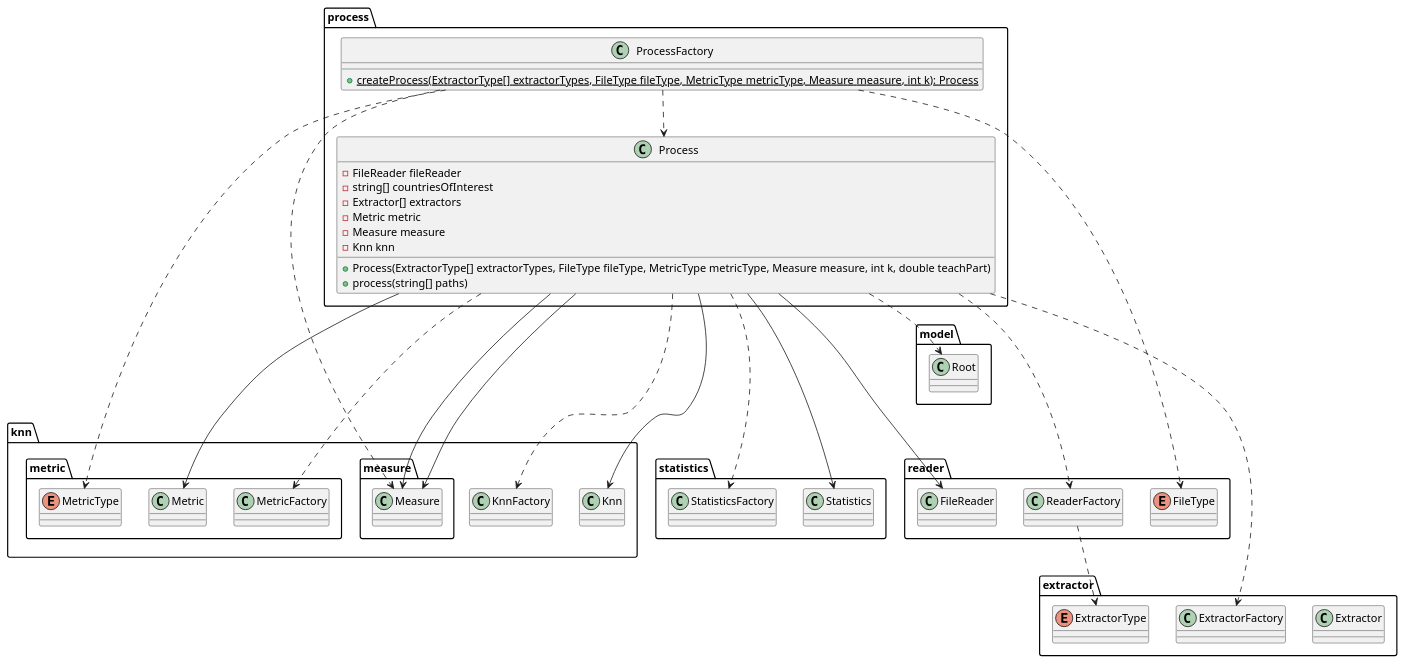
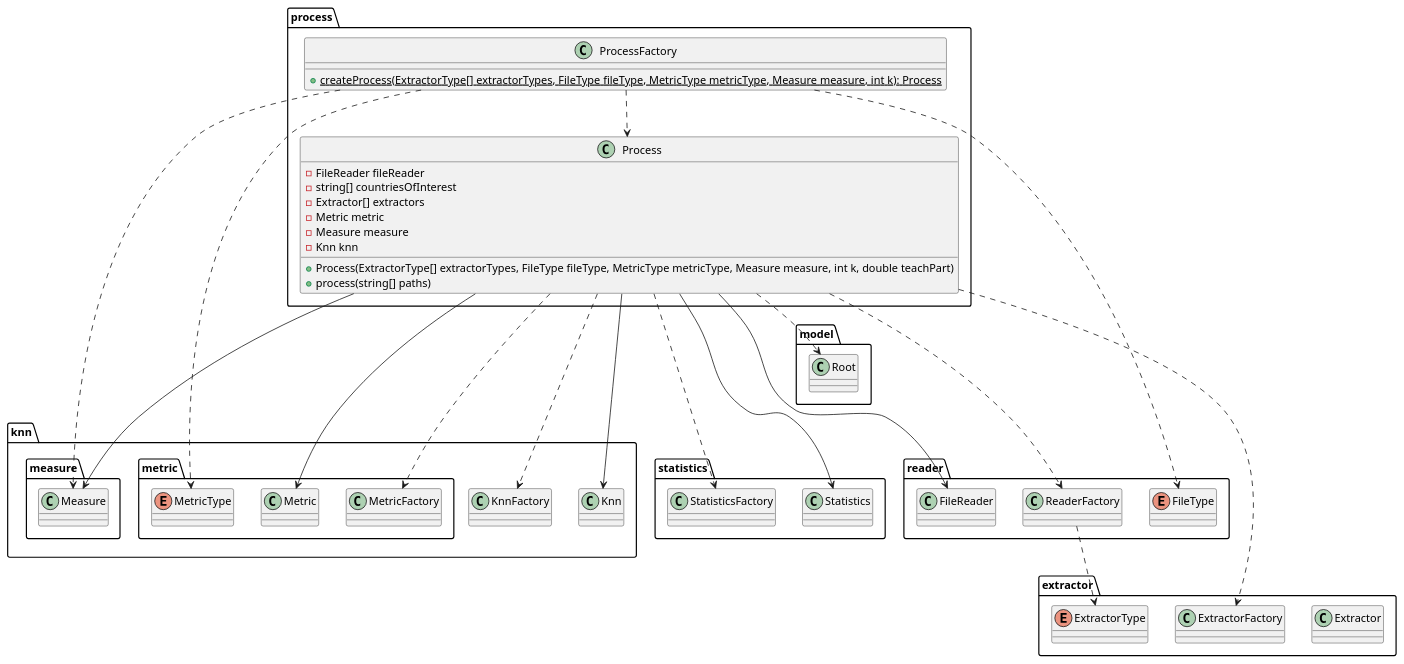
The ninth of 10 diagrams in README.md (kambed/Computer-Recognition-Systems), drawn with PlantUML before and after one commit. The commit also changed other lines of this file, not shown here.

````diff
--- a/README.md
+++ b/README.md
@@ -349,63 +346,62 @@
 ```plantuml
 package process {
     class Process {
         - FileReader fileReader
         - string[] countriesOfInterest
         - Extractor[] extractors
         - Metric metric
         - Measure measure
         - Knn knn
         + Process(ExtractorType[] extractorTypes, FileType fileType, MetricType metricType, Measure measure, int k, double teachPart)
         + process(string[] paths)
     }
     class ProcessFactory {
         + {static} createProcess(ExtractorType[] extractorTypes, FileType fileType, MetricType metricType, Measure measure, int k): Process
     }
 }
 package reader {
     class FileReader
     class ReaderFactory
     enum FileType
 }
 package extractor {
     class Extractor
     class ExtractorFactory
     enum ExtractorType
 }
 package knn {
     class Knn
     class KnnFactory
     package metric {
         class Metric
         class MetricFactory
         enum MetricType
     }
     package measure {
         class Measure
     }
 }
 package model {
     class Root
 }
 package statistics {
     class Statistics
     class StatisticsFactory
 }
 Process ...> ReaderFactory
 Process ...> ExtractorFactory
 Process ...> MetricFactory
 Process ...> KnnFactory
 Process ...> StatisticsFactory
 Process --> FileReader
 Process --> Metric
 Process --> Measure
 Process --> Statistics
 Process --> Knn
 Process ..> Root
-Process --> Measure
 ProcessFactory ..> Measure
 ProcessFactory ..> Process
 ProcessFactory ..> FileType
 ProcessFactory ..> MetricType
 ReaderFactory ..> ExtractorType
 ```
````
